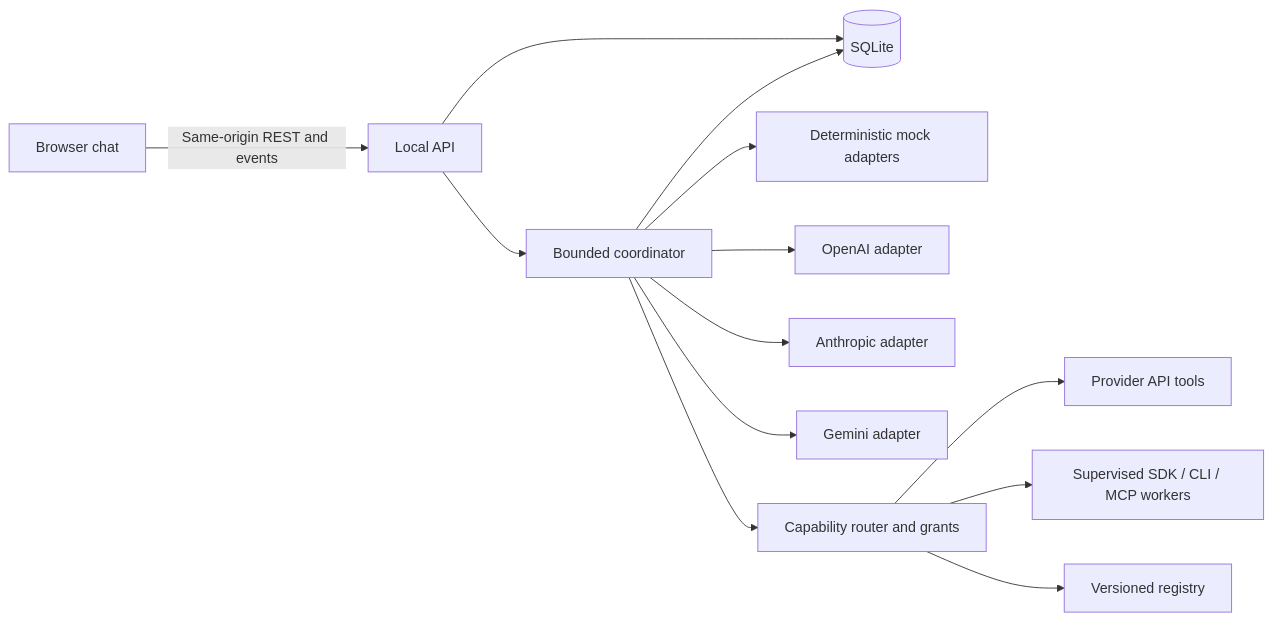
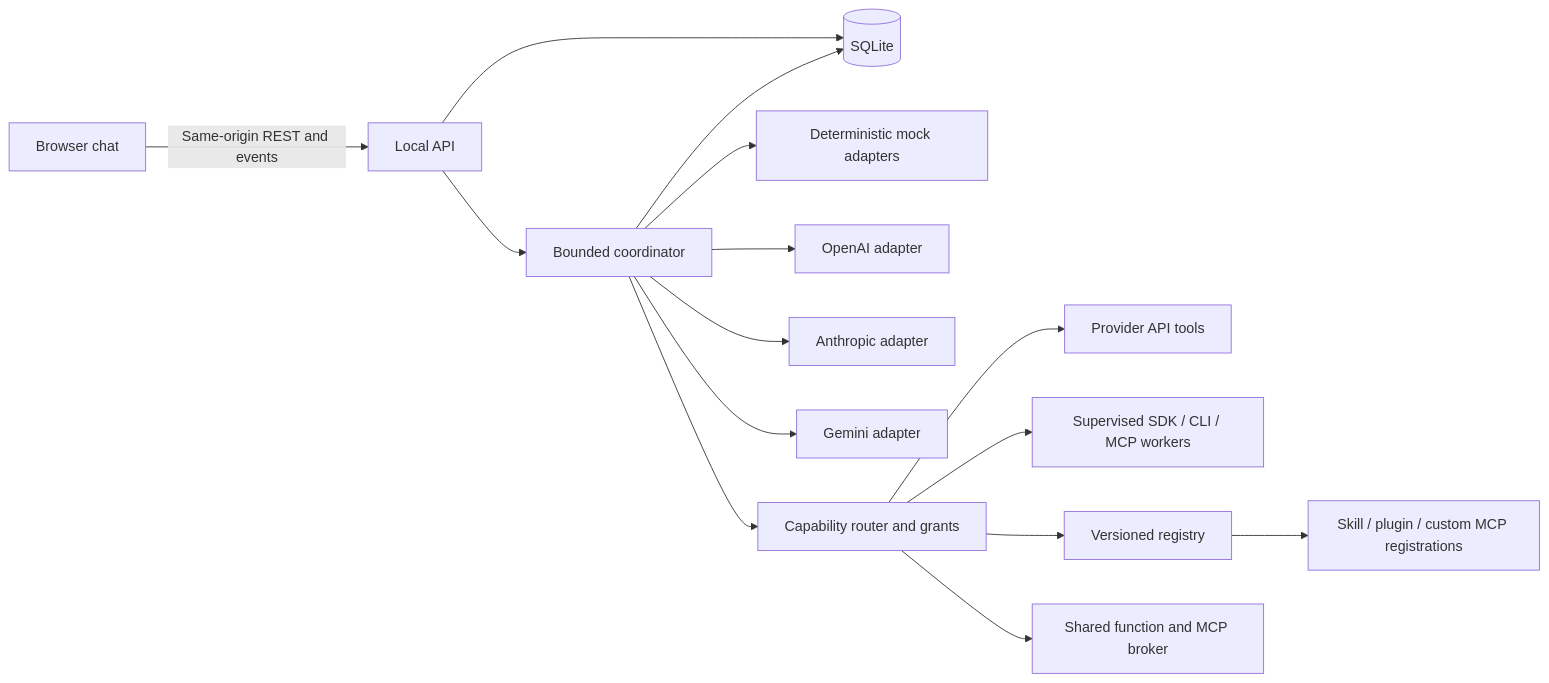
One commit to jirawatp/proofestra changed the diagram in docs/technical-design.md. Above: the diagram before and after it, drawn with Mermaid. The commit also changed other lines of this file and 21 other files, not shown here.

Commit message:
docs: design shared skills plugins and custom MCP across providers

````diff
--- a/docs/technical-design.md
+++ b/docs/technical-design.md
@@ -39,15 +41,17 @@
 ```mermaid
 flowchart LR
     UI[Browser chat] -->|Same-origin REST and events| API[Local API]
     API --> DB[(SQLite)]
     API --> RUN[Bounded coordinator]
     RUN --> MOCK[Deterministic mock adapters]
     RUN --> OA[OpenAI adapter]
     RUN --> AN[Anthropic adapter]
     RUN --> GE[Gemini adapter]
     RUN --> ROUTE[Capability router and grants]
     ROUTE --> API_TOOLS[Provider API tools]
     ROUTE --> WORKERS[Supervised SDK / CLI / MCP workers]
     ROUTE --> REG[Versioned registry]
+    REG --> EXT[Skill / plugin / custom MCP registrations]
+    ROUTE --> BRIDGE[Shared function and MCP broker]
     RUN --> DB
 ```
````
